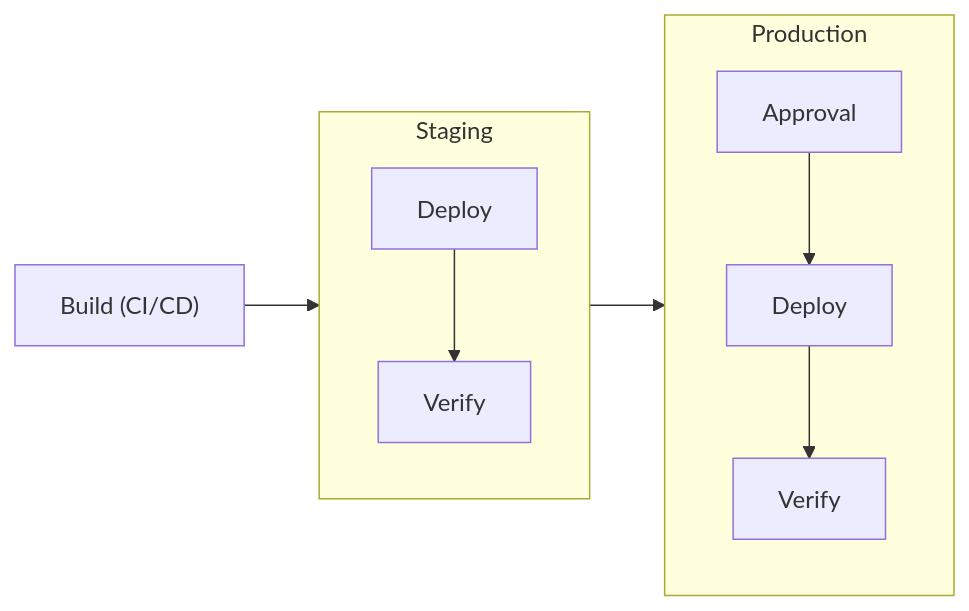
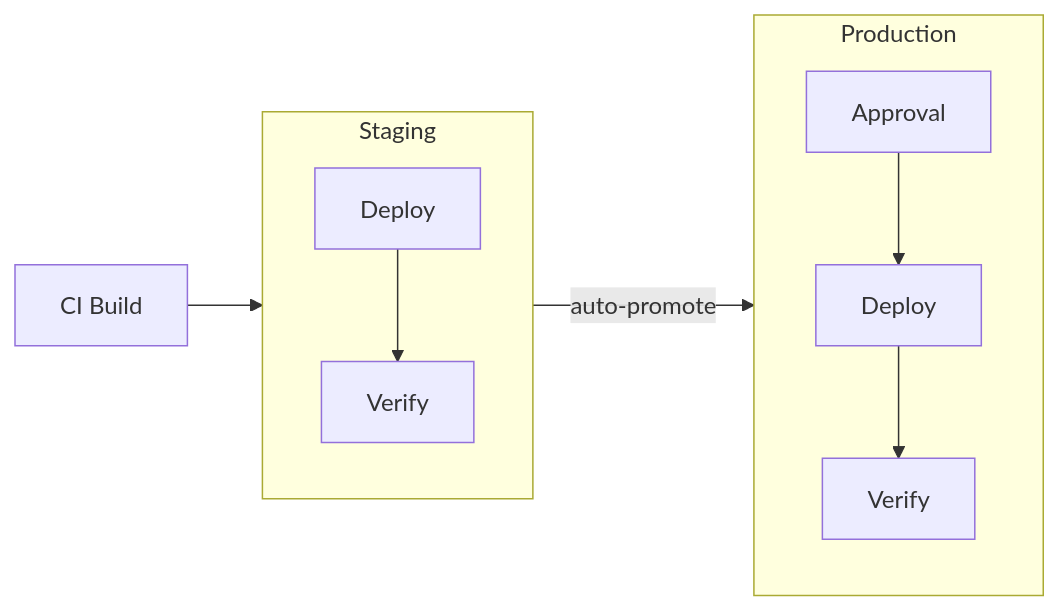
One commit to ctrlplanedev/ctrlplane changed the first of 2 diagrams in docs/index.mdx. Above: the diagram before and after it, drawn with Mermaid. The commit also changed other lines of this file and 1 other file, not shown here.

````diff
--- a/docs/index.mdx
+++ b/docs/index.mdx
@@ -41,16 +61,16 @@
 ```mermaid
 flowchart LR
-    Build["Build (CI/CD)"] --> Staging
+    Build["CI Build"] --> Staging
 
     subgraph Staging["Staging"]
         direction TB
         S1["Deploy"] --> S2["Verify"]
     end
 
-    Staging --> Production
+    Staging -->|"auto-promote"| Production
 
     subgraph Production["Production"]
         direction TB
         P0["Approval"] --> P1["Deploy"] --> P2["Verify"]
     end
 ```
````
